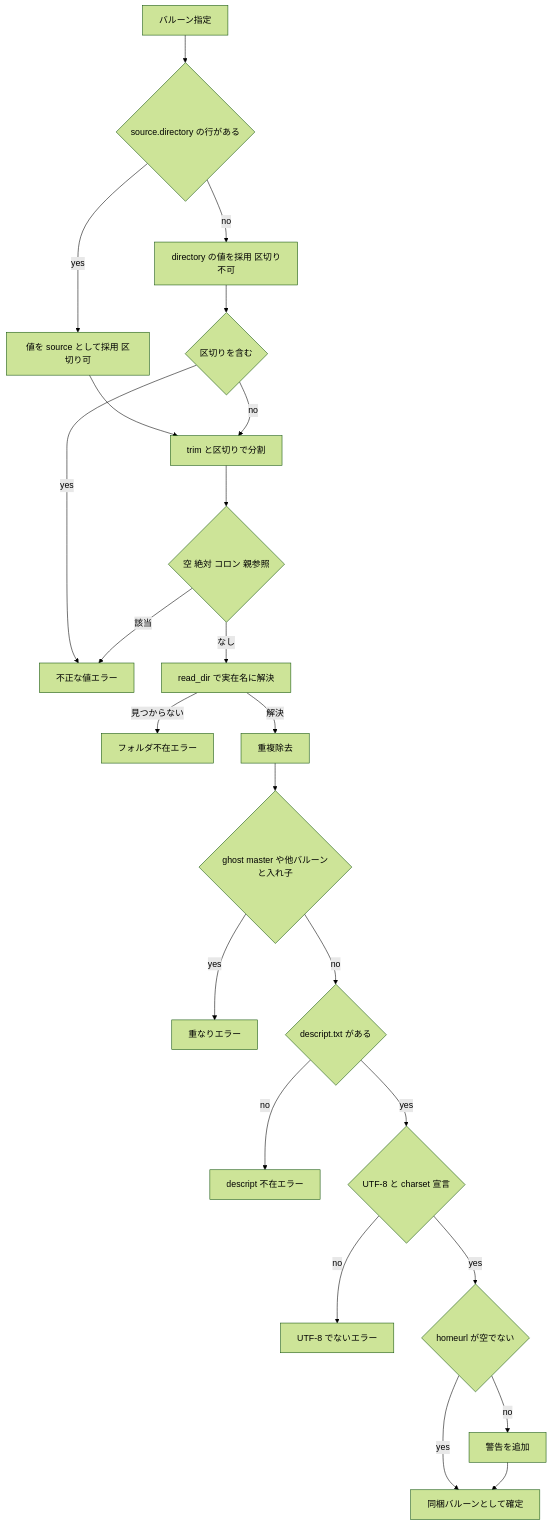
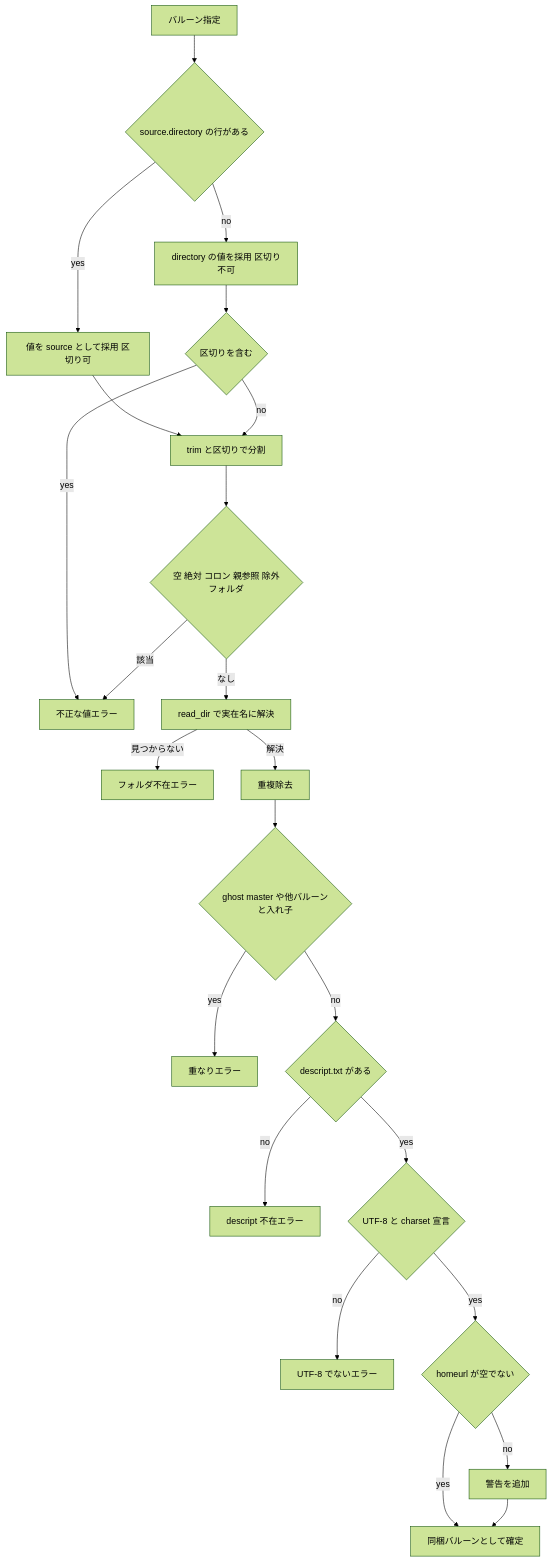
The third of 3 diagrams in .kiro/specs/pasta-check-bundled-balloon/design.md (ekicyou/pasta), drawn with Mermaid (forest theme) before and after one commit. The commit also changed other lines of this file and 2 other files, not shown here.

````diff
--- a/.kiro/specs/pasta-check-bundled-balloon/design.md
+++ b/.kiro/specs/pasta-check-bundled-balloon/design.md
@@ -160,25 +160,25 @@
 ```mermaid
 flowchart TD
     Start[バルーン指定] --> HasSrc{source.directory の行がある}
     HasSrc -->|yes| UseSrc[値を source として採用 区切り可]
     HasSrc -->|no| UseDir[directory の値を採用 区切り不可]
     UseSrc --> Norm[trim と区切りで分割]
     UseDir --> SepCheck{区切りを含む}
     SepCheck -->|yes| ErrVal[不正な値エラー]
     SepCheck -->|no| Norm
-    Norm --> Valid{空 絶対 コロン 親参照}
+    Norm --> Valid{空 絶対 コロン 親参照 除外フォルダ}
     Valid -->|該当| ErrVal
     Valid -->|なし| Resolve[read_dir で実在名に解決]
     Resolve -->|見つからない| ErrMissing[フォルダ不在エラー]
     Resolve -->|解決| Dedup[重複除去]
     Dedup --> Overlap{ghost master や他バルーンと入れ子}
     Overlap -->|yes| ErrOverlap[重なりエラー]
     Overlap -->|no| Descript{descript.txt がある}
     Descript -->|no| ErrDesc[descript 不在エラー]
     Descript -->|yes| Utf8{UTF-8 と charset 宣言}
     Utf8 -->|no| ErrUtf8[UTF-8 でないエラー]
     Utf8 -->|yes| Home{homeurl が空でない}
     Home -->|no| Warn[警告を追加]
     Home -->|yes| Ok[同梱バルーンとして確定]
     Warn --> Ok
 ```
````
